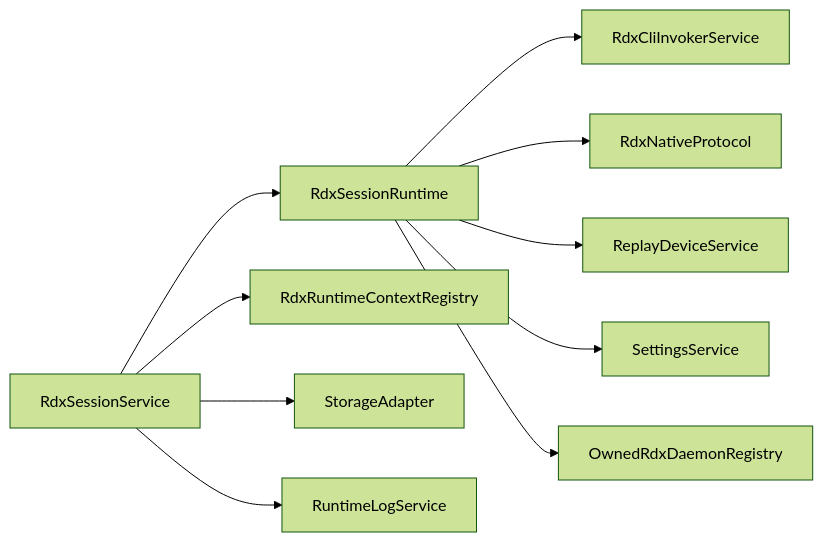
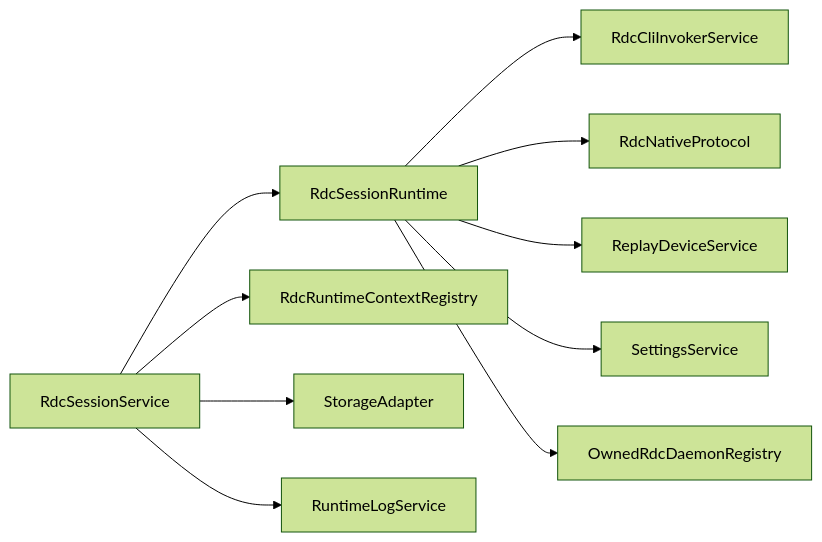
One commit to haolange/RDC-Agent changed the seventh of 7 diagrams in .qoder/repowiki/zh/content/核心模块/会话管理系统/会话生命周期管理.md. Above: the diagram before and after it, drawn with Mermaid (forest theme). The commit also changed other lines of this file and 557 other files, not shown here.

````diff
--- a/.qoder/repowiki/zh/content/核心模块/会话管理系统/会话生命周期管理.md
+++ b/.qoder/repowiki/zh/content/核心模块/会话管理系统/会话生命周期管理.md
@@ -385,12 +385,12 @@
 ```mermaid
 graph LR
-Svc["RdxSessionService"] --> Runtime["RdxSessionRuntime"]
-Runtime --> CLI["RdxCliInvokerService"]
-Runtime --> Protocol["RdxNativeProtocol"]
+Svc["RdcSessionService"] --> Runtime["RdcSessionRuntime"]
+Runtime --> CLI["RdcCliInvokerService"]
+Runtime --> Protocol["RdcNativeProtocol"]
 Runtime --> Dev["ReplayDeviceService"]
 Runtime --> Settings["SettingsService"]
-Runtime --> DaemonReg["OwnedRdxDaemonRegistry"]
-Svc --> Ctx["RdxRuntimeContextRegistry"]
+Runtime --> DaemonReg["OwnedRdcDaemonRegistry"]
+Svc --> Ctx["RdcRuntimeContextRegistry"]
 Svc --> Storage["StorageAdapter"]
 Svc --> Log["RuntimeLogService"]
 ```
````
